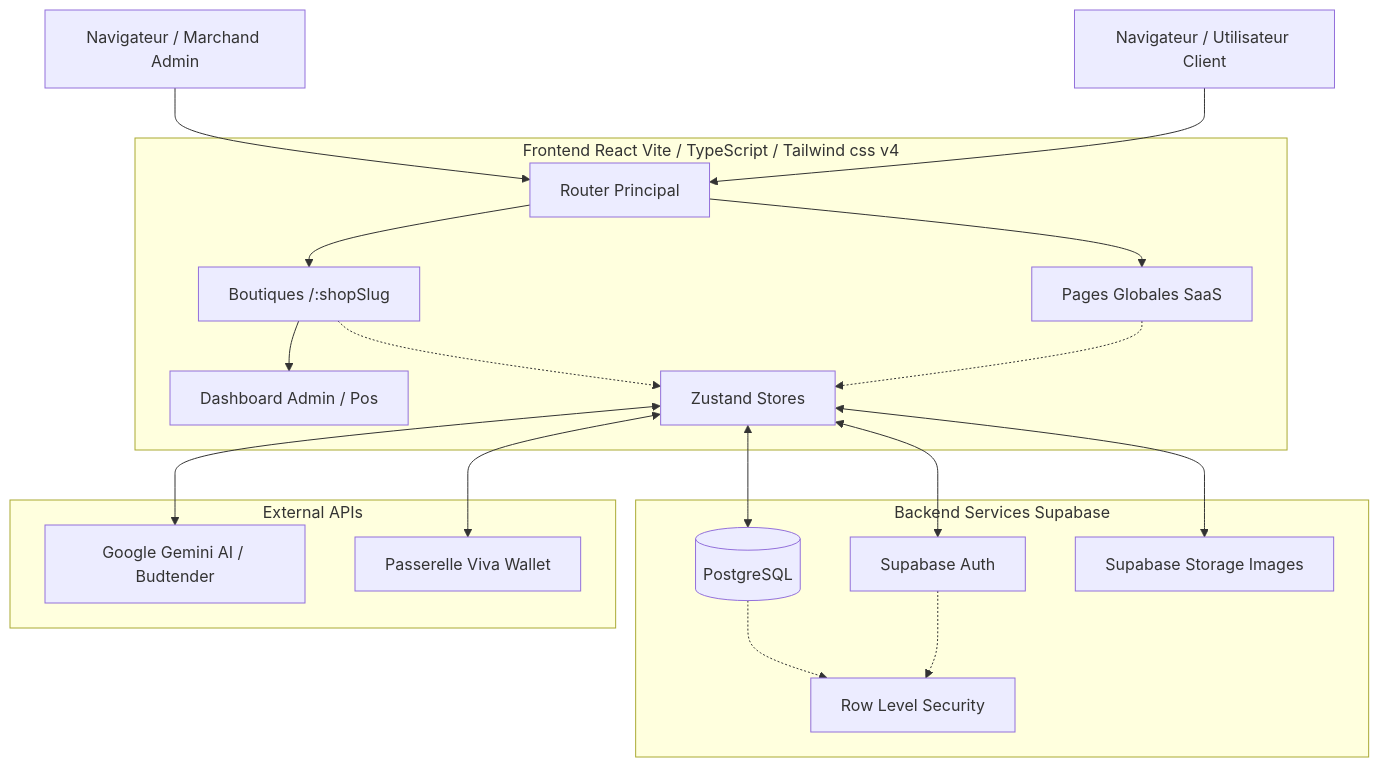
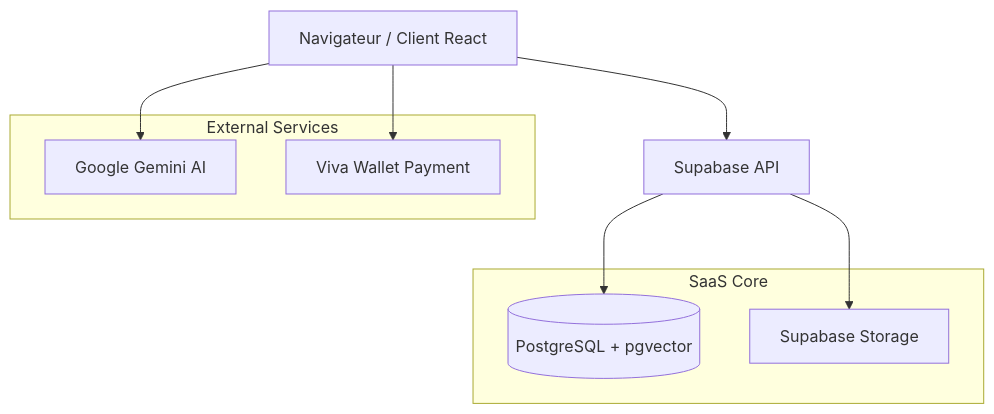
One commit to moonback/Green-IA-project-SAAS changed the diagram in ARCHITECTURE.md. Above: the diagram before and after it, drawn with Mermaid. The commit also changed other lines of this file and 6 other files, not shown here.

````diff
--- a/ARCHITECTURE.md
+++ b/ARCHITECTURE.md
@@ -9,42 +11,18 @@
 ```mermaid
 graph TD
-    Client[Navigateur / Utilisateur Client]
-    Merchant[Navigateur / Marchand Admin]
+    Client[Navigateur / Client React] --> API_S[Supabase API]
+    Client --> Gemini[Google Gemini AI]
+    API_S --> DB[(PostgreSQL + pgvector)]
+    API_S --> Storage[Supabase Storage]
+    Client --> Viva[Viva Wallet Payment]
     
-    subgraph Frontend React Vite / TypeScript / Tailwind css v4
-        App[Router Principal]
-        SaaS[Pages Globales SaaS]
-        Shop[Boutiques /:shopSlug]
-        Admin[Dashboard Admin / Pos]
-        State[Zustand Stores]
-        App --> SaaS
-        App --> Shop
-        Shop --> Admin
-        SaaS -.-> State
-        Shop -.-> State
+    subgraph "SaaS Core"
+        DB
+        Storage
     end
     
-    subgraph Backend Services Supabase
-        Auth[Supabase Auth]
-        DB[(PostgreSQL)]
-        RLS[Row Level Security]
-        Storage[Supabase Storage Images]
+    subgraph "External Services"
+        Gemini
+        Viva
     end
-    
-    subgraph External APIs
-        Gemini[Google Gemini AI / Budtender]
-        Payment[Passerelle Viva Wallet]
-    end
-
-    Client --> App
-    Merchant --> App
-    
-    State <--> Auth
-    State <--> DB
-    State <--> Storage
-    State <--> Gemini
-    State <--> Payment
-    
-    Auth -.-> RLS
-    DB -.-> RLS
 ```
````
